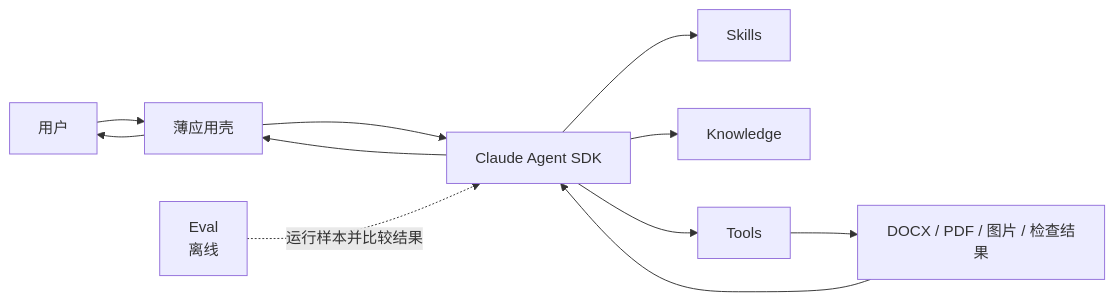
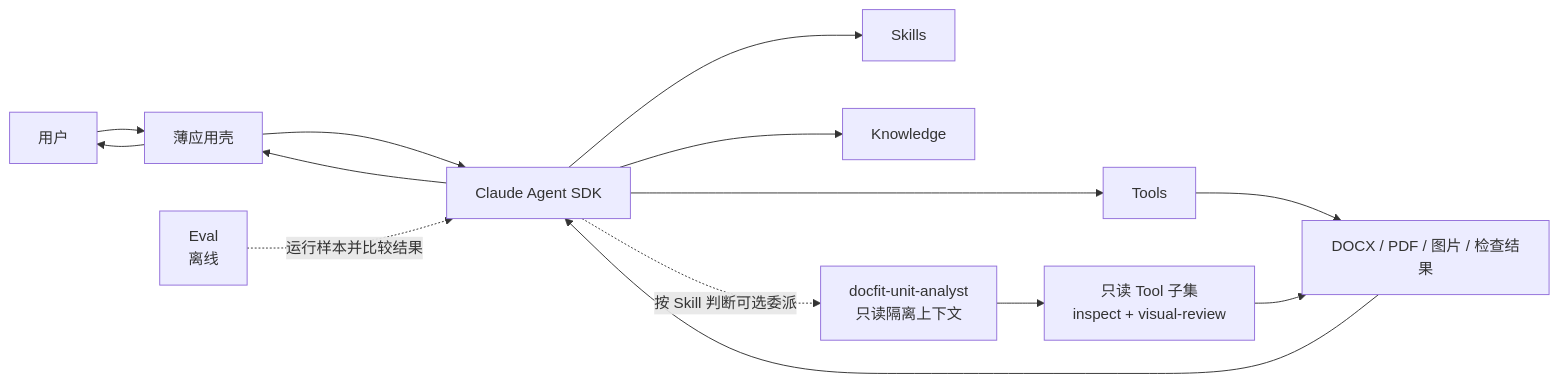
Before and after one commit to bamao88/0730: the diagram in docs/docfit-01-architecture-core.md, drawn with Mermaid. The commit also changed other lines of this file and 78 other files, not shown here.

````diff
--- a/docs/docfit-01-architecture-core.md
+++ b/docs/docfit-01-architecture-core.md
@@ -67,13 +81,16 @@
 ```mermaid
 flowchart LR
     U["用户"] --> A["薄应用壳"]
     A --> SDK["Claude Agent SDK"]
     SDK --> S["Skills"]
     SDK --> K["Knowledge"]
     SDK --> T["Tools"]
+    SDK -."按 Skill 判断可选委派".-> SA["docfit-unit-analyst<br/>只读隔离上下文"]
+    SA --> RT["只读 Tool 子集<br/>inspect + visual-review"]
     T --> F["DOCX / PDF / 图片 / 检查结果"]
+    RT --> F
     F --> SDK
     SDK --> A
     A --> U
     E["Eval<br/>离线"] -.运行样本并比较结果.-> SDK
 ```
````
